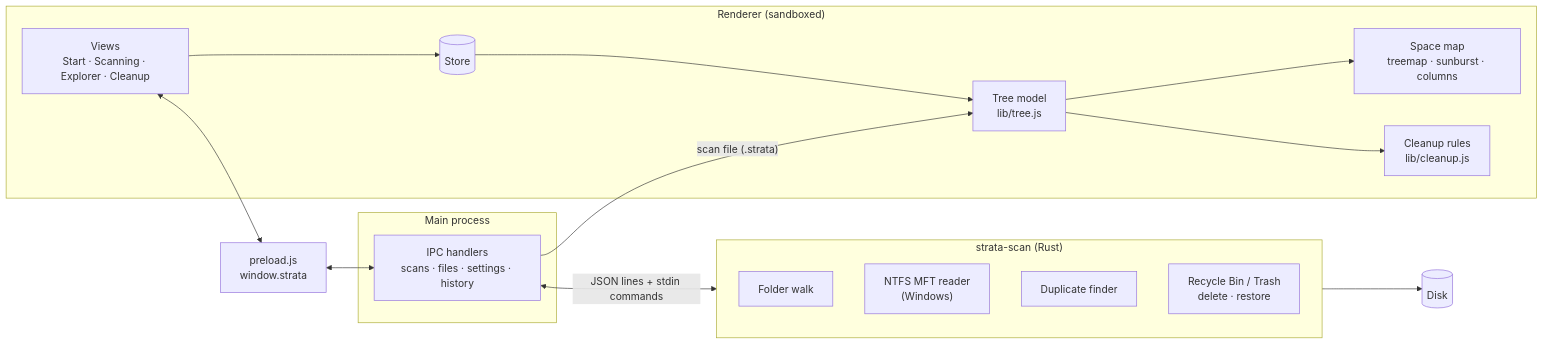
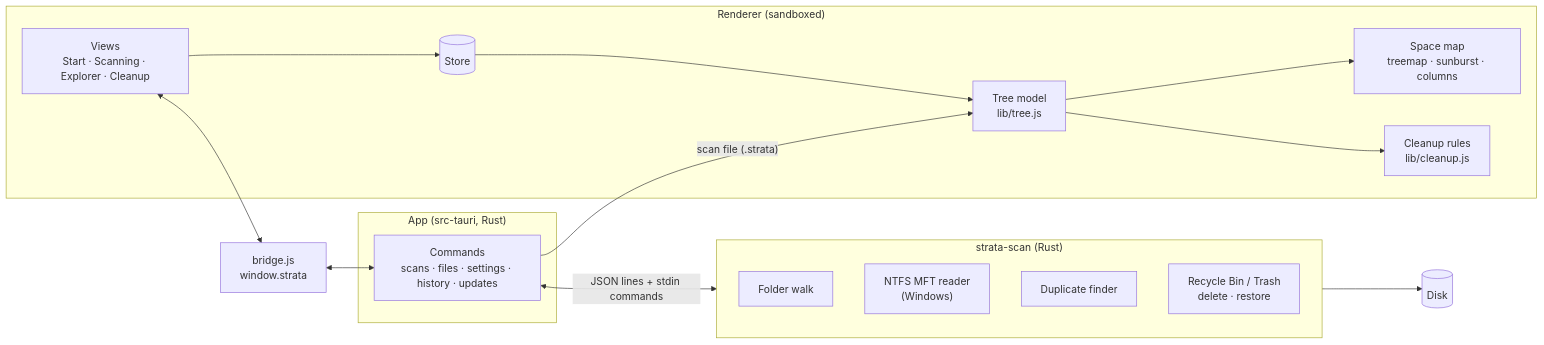
Before and after one commit to florentvdry/strata: the first of 2 diagrams in docs/ARCHITECTURE.md, drawn with Mermaid. The commit also changed other lines of this file and 75 other files, not shown here.

````diff
--- a/docs/ARCHITECTURE.md
+++ b/docs/ARCHITECTURE.md
@@ -7,29 +7,29 @@
 ```mermaid
 flowchart LR
   subgraph UI["Renderer (sandboxed)"]
     V["Views<br/>Start · Scanning · Explorer · Cleanup"]
     S[("Store")]
     T["Tree model<br/>lib/tree.js"]
     M["Space map<br/>treemap · sunburst · columns"]
     C["Cleanup rules<br/>lib/cleanup.js"]
     V --> S
     S --> T
     T --> M
     T --> C
   end
-  P["preload.js<br/>window.strata"]
-  subgraph Main["Main process"]
-    IPC["IPC handlers<br/>scans · files · settings · history"]
+  P["bridge.js<br/>window.strata"]
+  subgraph Main["App (src-tauri, Rust)"]
+    IPC["Commands<br/>scans · files · settings · history · updates"]
   end
   subgraph Scanner["strata-scan (Rust)"]
     W["Folder walk"]
     MFT["NTFS MFT reader<br/>(Windows)"]
     D["Duplicate finder"]
     X["Recycle Bin / Trash<br/>delete · restore"]
   end
   Disk[("Disk")]
   V <--> P <--> IPC
   IPC <-- "JSON lines + stdin commands" --> Scanner
   Scanner --> Disk
   IPC -- "scan file (.strata)" --> T
 ```
````
